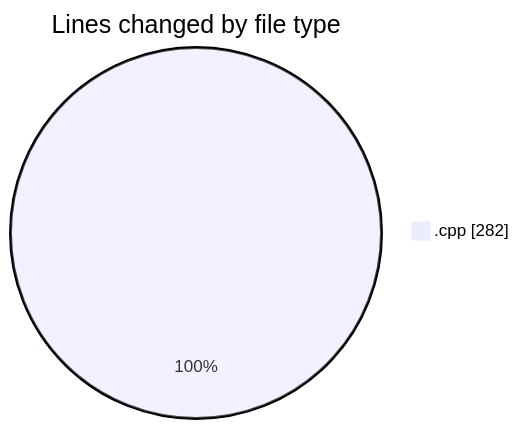
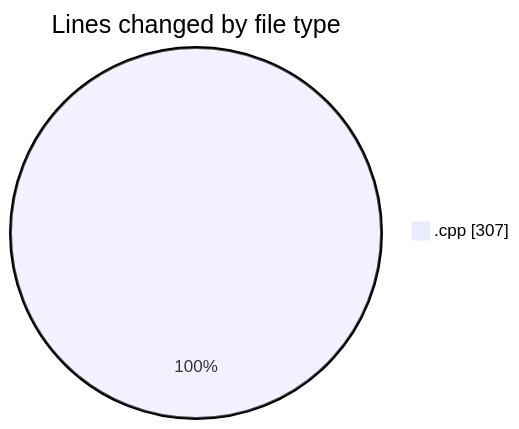
One commit to Ritupan-Deka/code-tracking changed the first of 2 diagrams in 2025-06-21/refinedproject/README.md. Above: the diagram before and after it, drawn with Mermaid. The commit also changed other lines of this file and 1 other file, not shown here.

````diff
--- a/2025-06-21/refinedproject/README.md
+++ b/2025-06-21/refinedproject/README.md
@@ -21,5 +21,5 @@
 ```mermaid
 pie showData
 title Lines changed by file type
-".cpp" : 282
+".cpp" : 307
 ```
````
